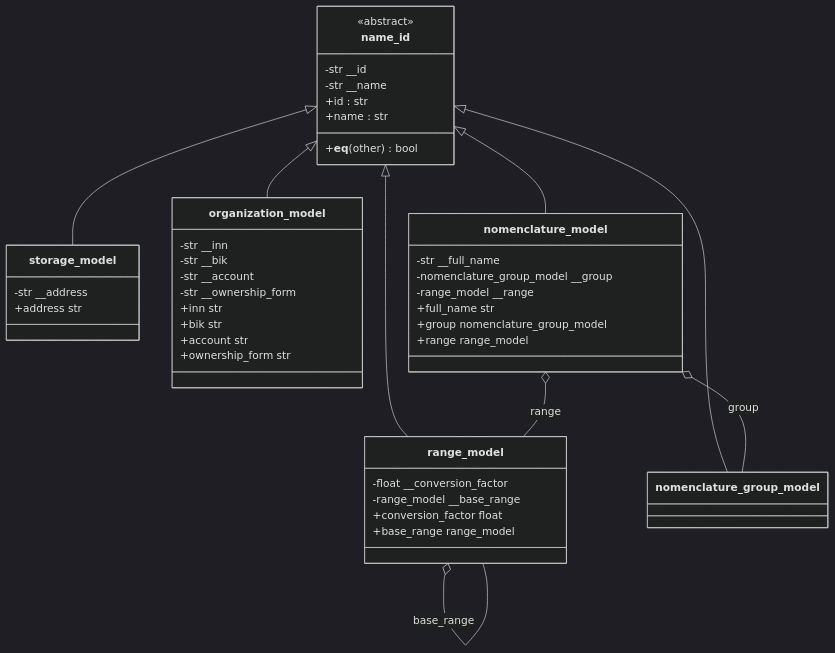
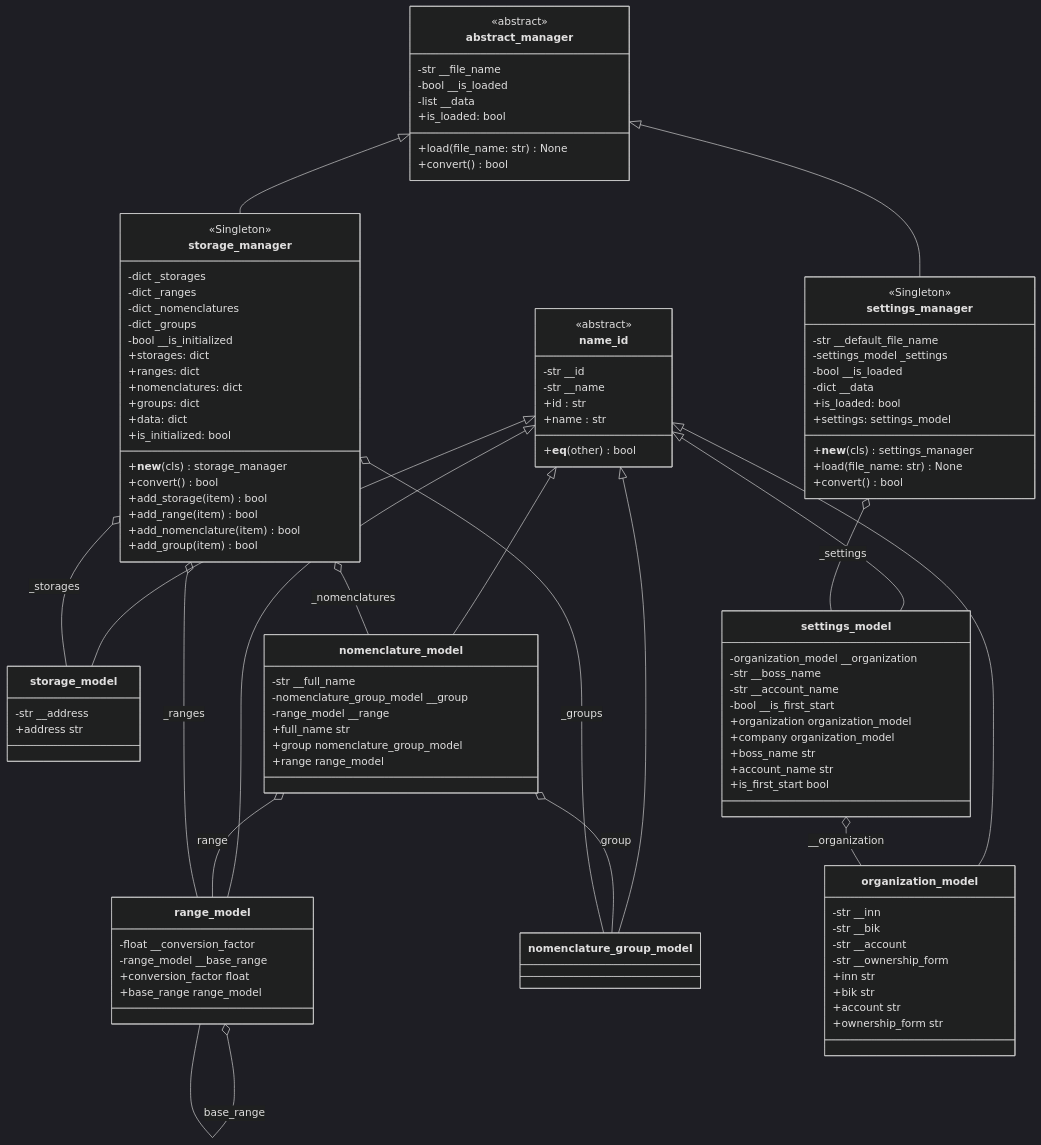
The diagram in Docs/Architecture.md (Turik06/Patterns_Suleymanov), drawn with Mermaid (dark theme) before and after one commit. The commit also changed other lines of this file and 2 other files, not shown here.

Commit message:
add class diagrams for settings_manager and   storage_manager

````diff
--- a/Docs/Architecture.md
+++ b/Docs/Architecture.md
@@ -48,13 +48,81 @@
         +range range_model
     }
 
+    class settings_model {
+        -organization_model __organization
+        -str __boss_name
+        -str __account_name
+        -bool __is_first_start
+        +organization organization_model
+        +company organization_model
+        +boss_name str
+        +account_name str
+        +is_first_start bool
+    }
+
+    class abstract_manager {
+        <<abstract>>
+        -str __file_name
+        -bool __is_loaded
+        -list __data
+        +load(file_name: str) None
+        +convert() bool
+        +is_loaded: bool
+    }
+
+    class settings_manager {
+        <<Singleton>>
+        -str __default_file_name
+        -settings_model _settings
+        -bool __is_loaded
+        -dict __data
+        +__new__(cls) settings_manager
+        +load(file_name: str) None
+        +convert() bool
+        +is_loaded: bool
+        +settings: settings_model
+    }
+
+    class storage_manager {
+        <<Singleton>>
+        -dict _storages
+        -dict _ranges
+        -dict _nomenclatures
+        -dict _groups
+        -bool __is_initialized
+        +__new__(cls) storage_manager
+        +convert() bool
+        +add_storage(item) bool
+        +add_range(item) bool
+        +add_nomenclature(item) bool
+        +add_group(item) bool
+        +storages: dict
+        +ranges: dict
+        +nomenclatures: dict
+        +groups: dict
+        +data: dict
+        +is_initialized: bool
+    }
+
     name_id <|-- range_model
     name_id <|-- nomenclature_group_model
     name_id <|-- storage_model
     name_id <|-- organization_model
     name_id <|-- nomenclature_model
+    name_id <|-- settings_model
+
+    abstract_manager <|-- settings_manager
+    abstract_manager <|-- storage_manager
 
     nomenclature_model o-- nomenclature_group_model : group
     nomenclature_model o-- range_model : range
     range_model o-- range_model : base_range
+
+    settings_manager o-- settings_model : _settings
+    settings_model o-- organization_model : __organization
+
+    storage_manager o-- storage_model : _storages
+    storage_manager o-- range_model : _ranges
+    storage_manager o-- nomenclature_group_model : _groups
+    storage_manager o-- nomenclature_model : _nomenclatures
 ```
````
